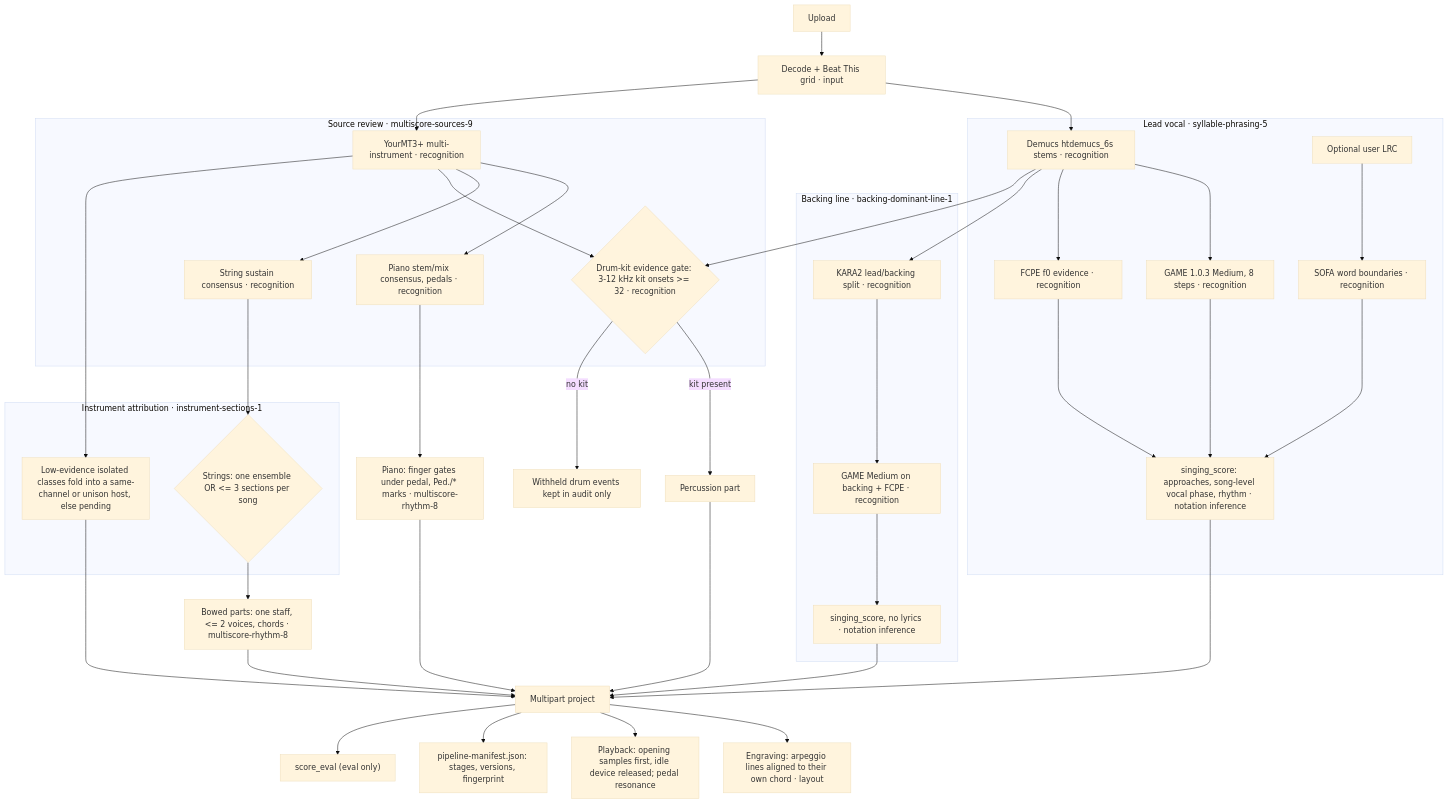
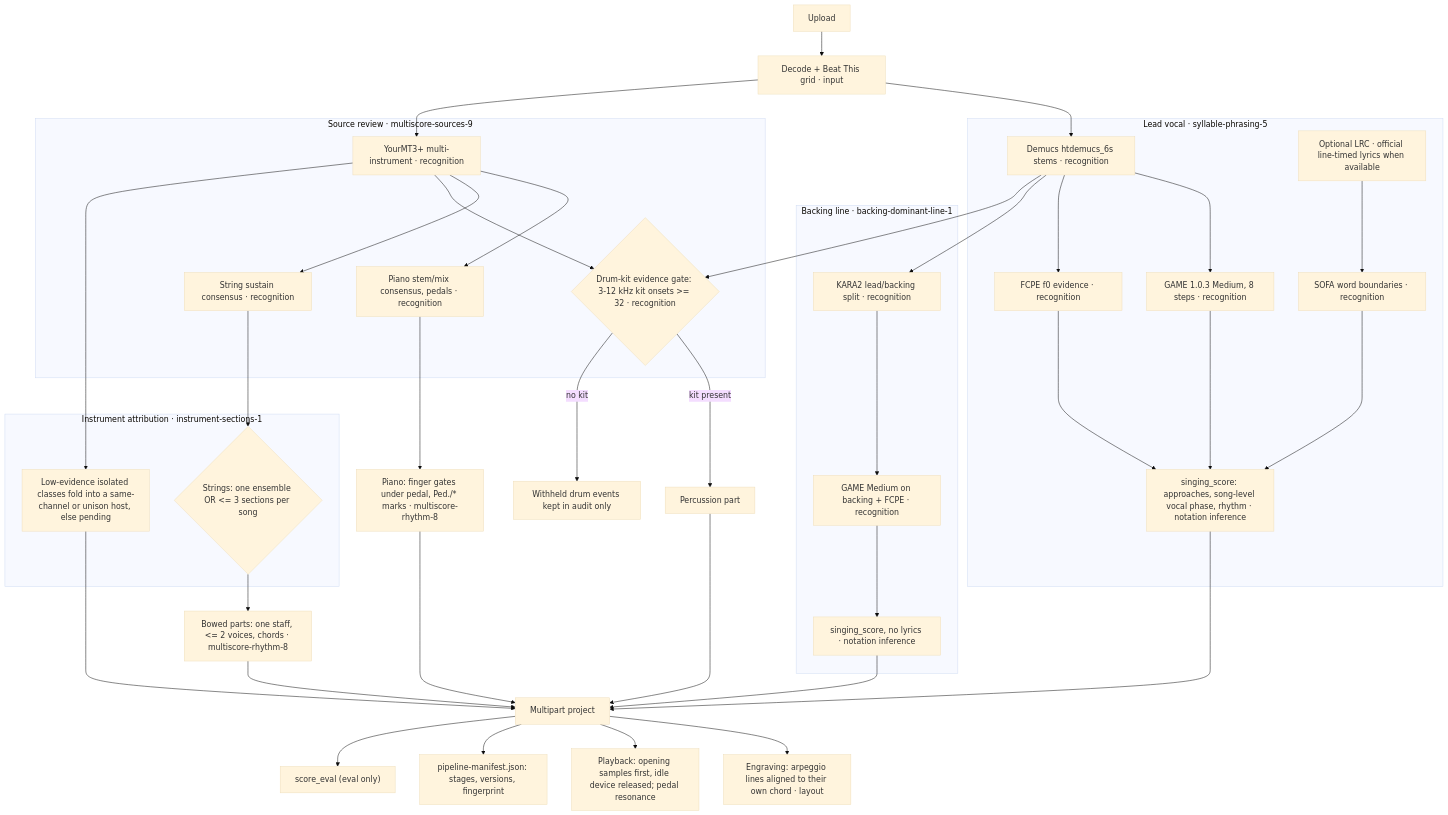
One commit to zzzhhn/coro-workbench changed the fifth of 5 diagrams in docs/PIPELINE.md. Above: the diagram before and after it, drawn with Mermaid (base theme). The commit also changed 1 other file, not shown here.

Commit message:
docs: verified official LRC for 空耳 replaces Whisper draft; backing listening pack; screen-hosted service

````diff
--- a/docs/PIPELINE.md
+++ b/docs/PIPELINE.md
@@ -322,48 +322,48 @@
 ```mermaid
 flowchart TD
   A[Upload] --> B[Decode + Beat This grid · input]
   B --> SEP[Demucs htdemucs_6s stems · recognition]
   B --> MT[YourMT3+ multi-instrument · recognition]
 
   subgraph Vocal["Lead vocal · syllable-phrasing-5"]
     SEP --> GE[GAME 1.0.3 Medium, 8 steps · recognition]
     SEP --> FC[FCPE f0 evidence · recognition]
-    LRC[Optional user LRC] --> SOFA[SOFA word boundaries · recognition]
+    LRC[Optional LRC · official line-timed lyrics when available] --> SOFA[SOFA word boundaries · recognition]
     GE --> SS[singing_score: approaches, song-level vocal phase, rhythm · notation inference]
     FC --> SS
     SOFA --> SS
   end
 
   subgraph Backing["Backing line · backing-dominant-line-1"]
     SEP --> K[KARA2 lead/backing split · recognition]
     K --> BG[GAME Medium on backing + FCPE · recognition]
     BG --> BS[singing_score, no lyrics · notation inference]
   end
 
   subgraph Sources["Source review · multiscore-sources-9"]
     MT --> PC[Piano stem/mix consensus, pedals · recognition]
     MT --> STR[String sustain consensus · recognition]
     SEP --> DK{Drum-kit evidence gate: 3-12 kHz kit onsets >= 32 · recognition}
     MT --> DK
   end
 
   subgraph Attribution["Instrument attribution · instrument-sections-1"]
     STR --> SW{Strings: one ensemble OR <= 3 sections per song}
     MT --> LOW[Low-evidence isolated classes fold into a same-channel or unison host, else pending]
   end
 
   PC --> PR[Piano: finger gates under pedal, Ped./* marks · multiscore-rhythm-8]
   SW --> SR[Bowed parts: one staff, <= 2 voices, chords · multiscore-rhythm-8]
   DK -->|kit present| DR[Percussion part]
   DK -->|no kit| WH[Withheld drum events kept in audit only]
   SS --> PRJ[Multipart project]
   BS --> PRJ
   PR --> PRJ
   SR --> PRJ
   LOW --> PRJ
   DR --> PRJ
   PRJ --> ENG[Engraving: arpeggio lines aligned to their own chord · layout]
   PRJ --> AUD[Playback: opening samples first, idle device released; pedal resonance]
   PRJ --> MAN[pipeline-manifest.json: stages, versions, fingerprint]
   PRJ --> EV["score_eval (eval only)"]
 ```
````
